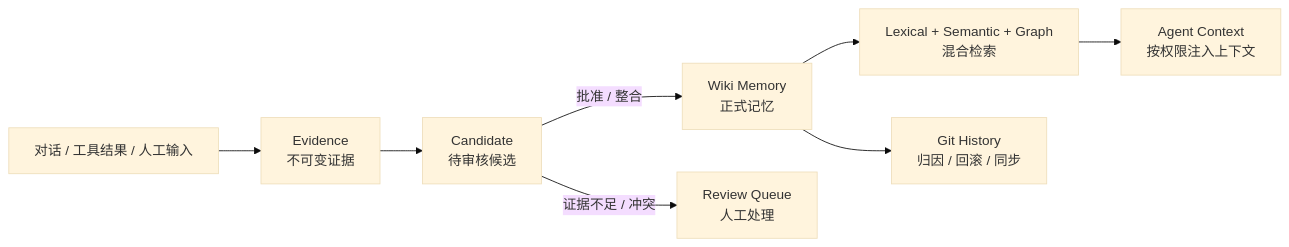
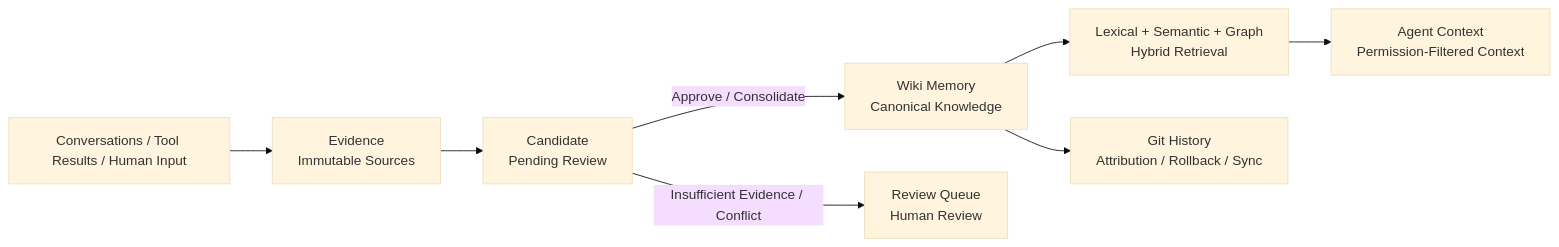
One commit to sens-io/memobranch changed the first of 2 diagrams in README.md. Above: the diagram before and after it, drawn with Mermaid (base theme). The commit also changed other lines of this file and 1 other file, not shown here.

````diff
--- a/README.md
+++ b/README.md
@@ -57,10 +59,10 @@
 ```mermaid
 flowchart LR
-    A[对话 / 工具结果 / 人工输入] --> B[Evidence<br/>不可变证据]
-    B --> C[Candidate<br/>待审核候选]
-    C -->|批准 / 整合| D[Wiki Memory<br/>正式记忆]
-    C -->|证据不足 / 冲突| E[Review Queue<br/>人工处理]
-    D --> F[Lexical + Semantic + Graph<br/>混合检索]
-    F --> G[Agent Context<br/>按权限注入上下文]
-    D --> H[Git History<br/>归因 / 回滚 / 同步]
+    A[Conversations / Tool Results / Human Input] --> B[Evidence<br/>Immutable Sources]
+    B --> C[Candidate<br/>Pending Review]
+    C -->|Approve / Consolidate| D[Wiki Memory<br/>Canonical Knowledge]
+    C -->|Insufficient Evidence / Conflict| E[Review Queue<br/>Human Review]
+    D --> F[Lexical + Semantic + Graph<br/>Hybrid Retrieval]
+    F --> G[Agent Context<br/>Permission-Filtered Context]
+    D --> H[Git History<br/>Attribution / Rollback / Sync]
 ```
````
